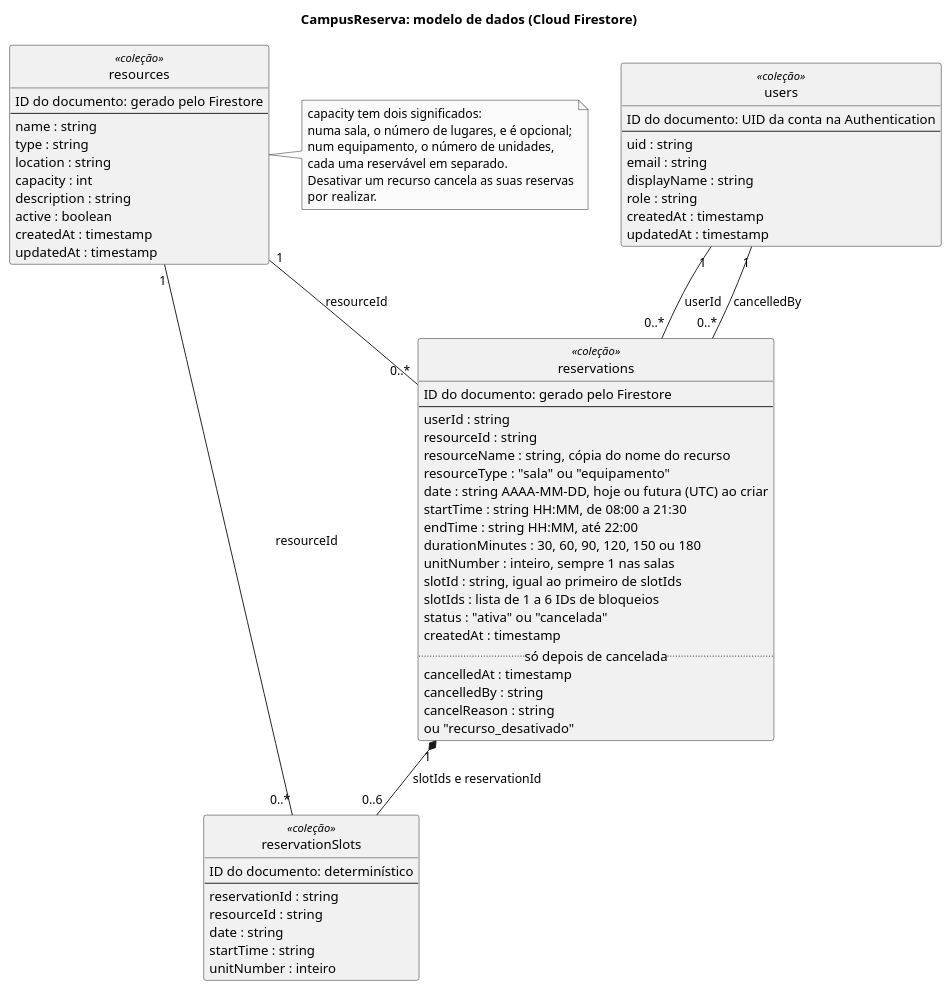
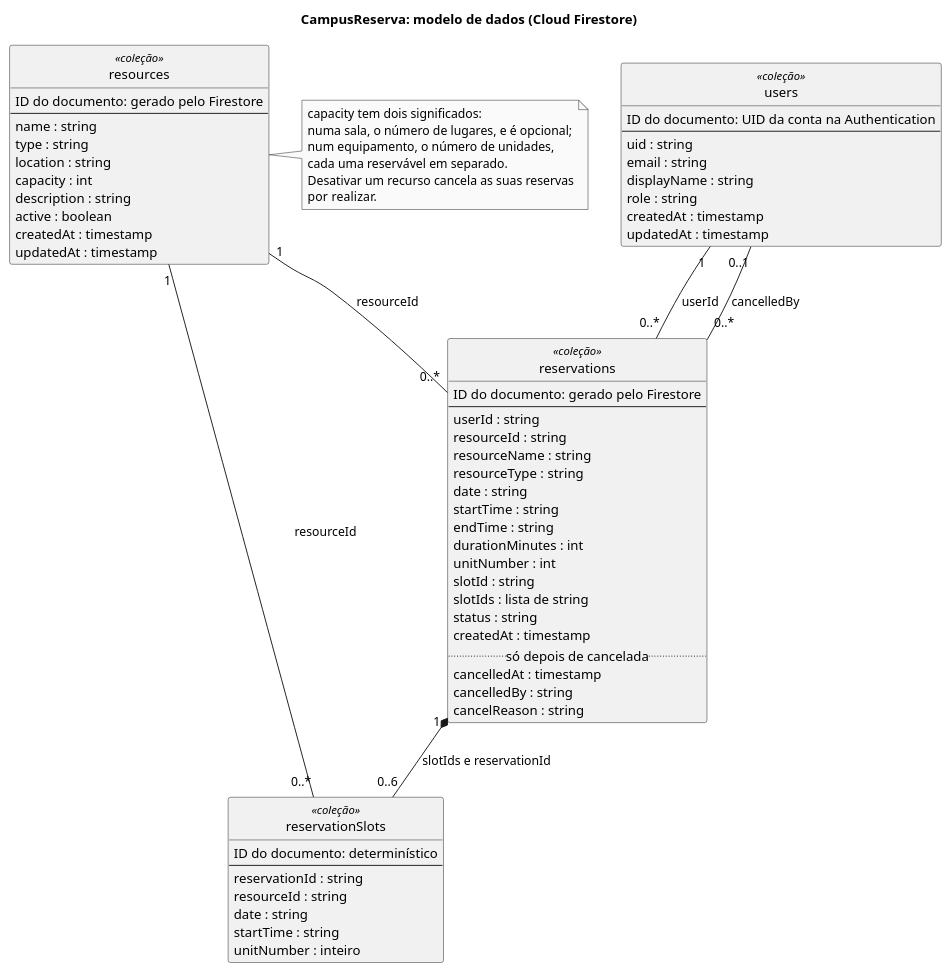
Before and after one commit to diogofcpereira/CampusReserva: the diagram in docs/diagramas/modelo-dados.puml, drawn with PlantUML. The commit also changed 1 other file, not shown here.

```diff
--- a/docs/diagramas/modelo-dados.puml
+++ b/docs/diagramas/modelo-dados.puml
@@ -1,83 +1,82 @@
 @startuml modelo-dados
 
 title CampusReserva: modelo de dados (Cloud Firestore)
 
 skinparam monochrome true
 skinparam shadowing false
 skinparam classAttributeIconSize 0
 hide circle
 hide empty members
 
 class "users" as User <<coleção>> {
   ID do documento: UID da conta na Authentication
   --
   uid : string
   email : string
   displayName : string
   role : string
   createdAt : timestamp
   updatedAt : timestamp
 }
 
 class "resources" as Resource <<coleção>> {
   ID do documento: gerado pelo Firestore
   --
   name : string
   type : string
   location : string
   capacity : int
   description : string
   active : boolean
   createdAt : timestamp
   updatedAt : timestamp
 }
 
 class "reservations" as Reservation <<coleção>> {
   ID do documento: gerado pelo Firestore
   --
   userId : string
   resourceId : string
-  resourceName : string, cópia do nome do recurso
-  resourceType : "sala" ou "equipamento"
-  date : string AAAA-MM-DD, hoje ou futura (UTC) ao criar
-  startTime : string HH:MM, de 08:00 a 21:30
-  endTime : string HH:MM, até 22:00
-  durationMinutes : 30, 60, 90, 120, 150 ou 180
-  unitNumber : inteiro, sempre 1 nas salas
-  slotId : string, igual ao primeiro de slotIds
-  slotIds : lista de 1 a 6 IDs de bloqueios
-  status : "ativa" ou "cancelada"
+  resourceName : string
+  resourceType : string
+  date : string
+  startTime : string
+  endTime : string
+  durationMinutes : int
+  unitNumber : int
+  slotId : string
+  slotIds : lista de string
+  status : string
   createdAt : timestamp
   .. só depois de cancelada ..
   cancelledAt : timestamp
   cancelledBy : string
   cancelReason : string
-  ou "recurso_desativado"
 }
 
 class "reservationSlots" as Slot <<coleção>> {
   ID do documento: determinístico
   --
   reservationId : string
   resourceId : string
   date : string
   startTime : string
   unitNumber : inteiro
 }
 
 User "1" -- "0..*" Reservation : userId
-User "1" -- "0..*" Reservation : cancelledBy
+User "0..1" -- "0..*" Reservation : cancelledBy
 Resource "1" -- "0..*" Reservation : resourceId
 Reservation "1" *-- "0..6" Slot : slotIds e reservationId
 Resource "1" -- "0..*" Slot : resourceId
 
 note right of Resource
   capacity tem dois significados:
   numa sala, o número de lugares, e é opcional;
   num equipamento, o número de unidades,
   cada uma reservável em separado.
   Desativar um recurso cancela as suas reservas
   por realizar.
 end note
 
 @enduml
```
